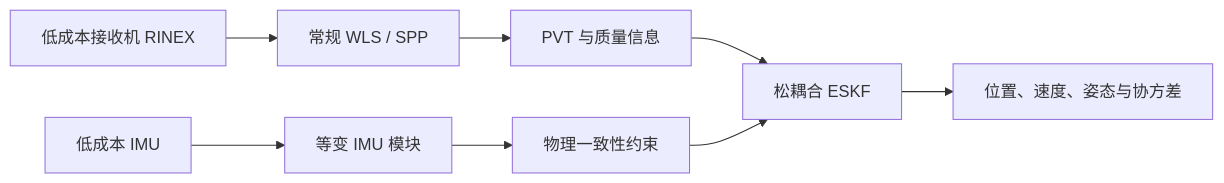
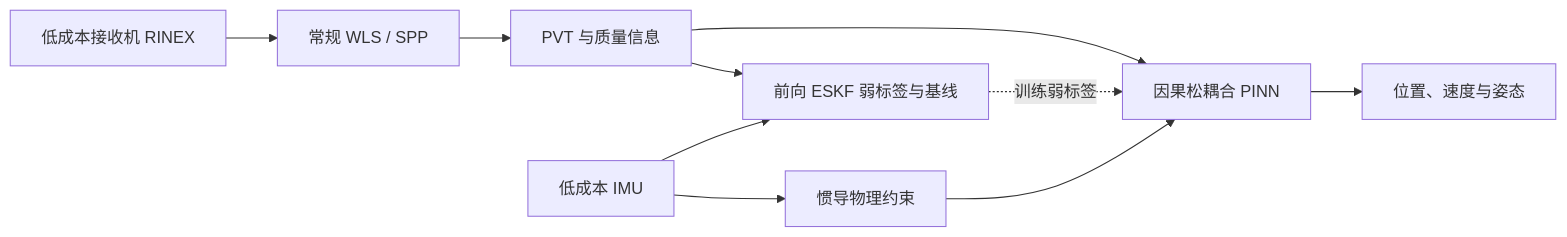
Before and after one commit to Fad1ngWind/rtkfree-equivariant-gnss-ins: the diagram in README.md, drawn with Mermaid. The commit also changed other lines of this file and 17 other files, not shown here.

````diff
--- a/README.md
+++ b/README.md
@@ -23,10 +23,12 @@
 ```mermaid
 flowchart LR
     RINEX["低成本接收机 RINEX"] --> SPP["常规 WLS / SPP"]
     SPP --> GNSS["PVT 与质量信息"]
-    IMU["低成本 IMU"] --> IMUNet["等变 IMU 模块"]
-    IMUNet --> Physics["物理一致性约束"]
-    GNSS --> ESKF["松耦合 ESKF"]
-    Physics --> ESKF
-    ESKF --> State["位置、速度、姿态与协方差"]
+    IMU["低成本 IMU"] --> Physics["惯导物理约束"]
+    GNSS --> ESKF["前向 ESKF 弱标签与基线"]
+    IMU --> ESKF
+    ESKF -. 训练弱标签 .-> PINN
+    GNSS --> PINN["因果松耦合 PINN"]
+    Physics --> PINN
+    PINN --> State["位置、速度与姿态"]
 ```
````
